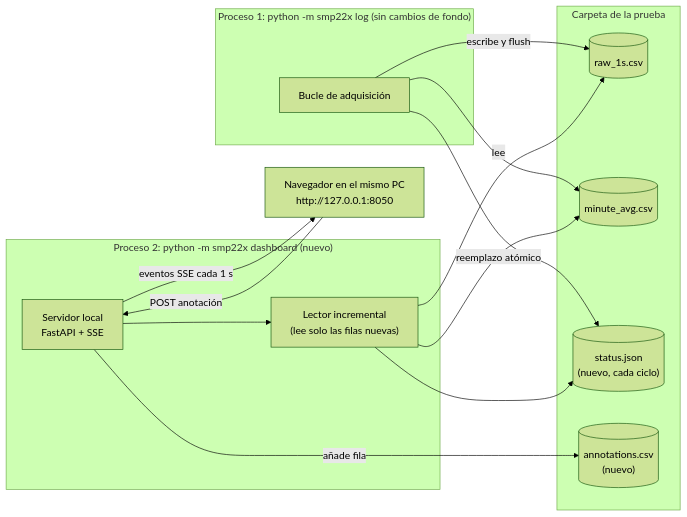
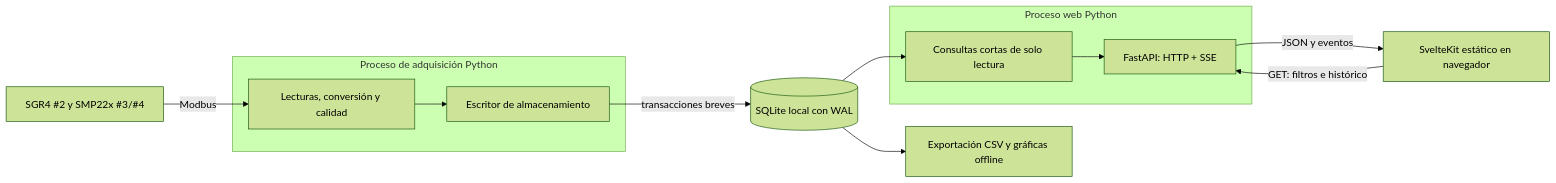
The diagram in docs/plan-dashboard.md (RodrigoAlexander7/solys2-automatization), drawn with Mermaid (forest theme) before and after one commit. The commit also changed other lines of this file and 9 other files, not shown here.

Commit message:
docs: specify SQLite dashboard architecture and SDD acceptance cases

````diff
--- a/docs/plan-dashboard.md
+++ b/docs/plan-dashboard.md
@@ -97,28 +20,15 @@
 ```mermaid
 flowchart LR
-  subgraph acq["Proceso 1: python -m smp22x log (sin cambios de fondo)"]
-    loop["Bucle de adquisición"]
+  sensors["SGR4 #2 y SMP22x #3/#4"] -->|"Modbus"| acq
+  subgraph p1["Proceso de adquisición Python"]
+    acq["Lecturas, conversión y calidad"] --> writer["Escritor de almacenamiento"]
   end
-  subgraph files["Carpeta de la prueba"]
-    raw[("raw_1s.csv")]
-    minute[("minute_avg.csv")]
-    status[("status.json<br/>(nuevo, cada ciclo)")]
-    notes[("annotations.csv<br/>(nuevo)")]
+  writer -->|"transacciones breves"| db[("SQLite local con WAL")]
+  subgraph p2["Proceso web Python"]
+    reader["Consultas cortas de solo lectura"] --> api["FastAPI: HTTP + SSE"]
   end
-  subgraph dash["Proceso 2: python -m smp22x dashboard (nuevo)"]
-    tail["Lector incremental<br/>(lee solo las filas nuevas)"]
-    api["Servidor local<br/>FastAPI + SSE"]
-  end
-  browser["Navegador en el mismo PC<br/>http://127.0.0.1:8050"]
-
-  loop -->|"escribe y flush"| raw
-  loop --> minute
-  loop -->|"reemplazo atómico"| status
-  tail -->|"lee"| raw
-  tail --> minute
-  tail --> status
-  api --> tail
-  api -->|"eventos SSE cada 1 s"| browser
-  browser -->|"POST anotación"| api
-  api -->|"añade fila"| notes
+  db --> reader
+  api -->|"JSON y eventos"| browser["SvelteKit estático en navegador"]
+  browser -->|"GET: filtros e histórico"| api
+  db --> export["Exportación CSV y gráficas offline"]
 ```
````
